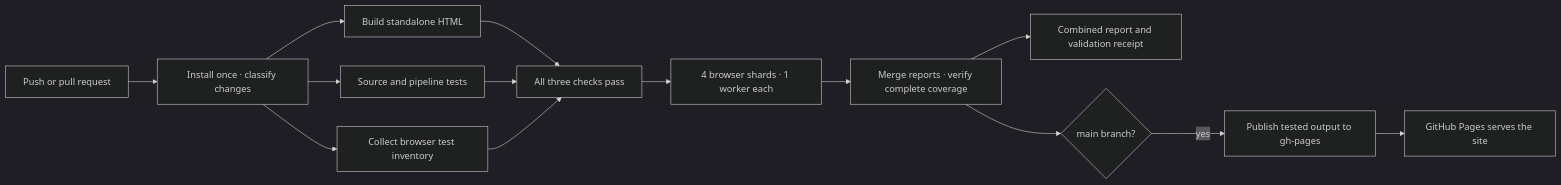
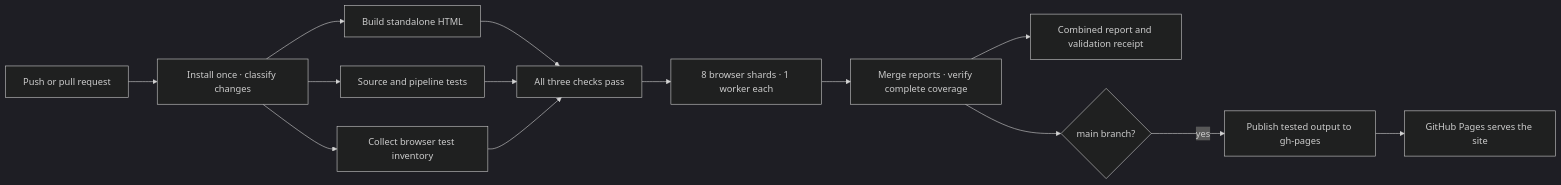
Before and after one commit to james-crowley/wedding: the diagram in README.md, drawn with Mermaid (dark theme). The commit also changed other lines of this file and 4 other files, not shown here.

Commit message:
Spread the exhaustive rendering matrix across eight browser shards

````diff
--- a/README.md
+++ b/README.md
@@ -54,16 +54,16 @@
 ```mermaid
 flowchart LR
   Push[Push or pull request] --> Install[Install once · classify changes]
   Install --> Build[Build standalone HTML]
   Install --> Unit[Source and pipeline tests]
   Install --> Inventory[Collect browser test inventory]
   Build --> Ready[All three checks pass]
   Unit --> Ready
   Inventory --> Ready
-  Ready --> Split[4 browser shards · 1 worker each]
+  Ready --> Split[8 browser shards · 1 worker each]
   Split --> Merge[Merge reports · verify complete coverage]
   Merge --> Artifacts[Combined report and validation receipt]
   Merge --> Main{main branch?}
   Main -->|yes| Pages[Publish tested output to gh-pages]
   Pages --> Hosting[GitHub Pages serves the site]
 ```
````
